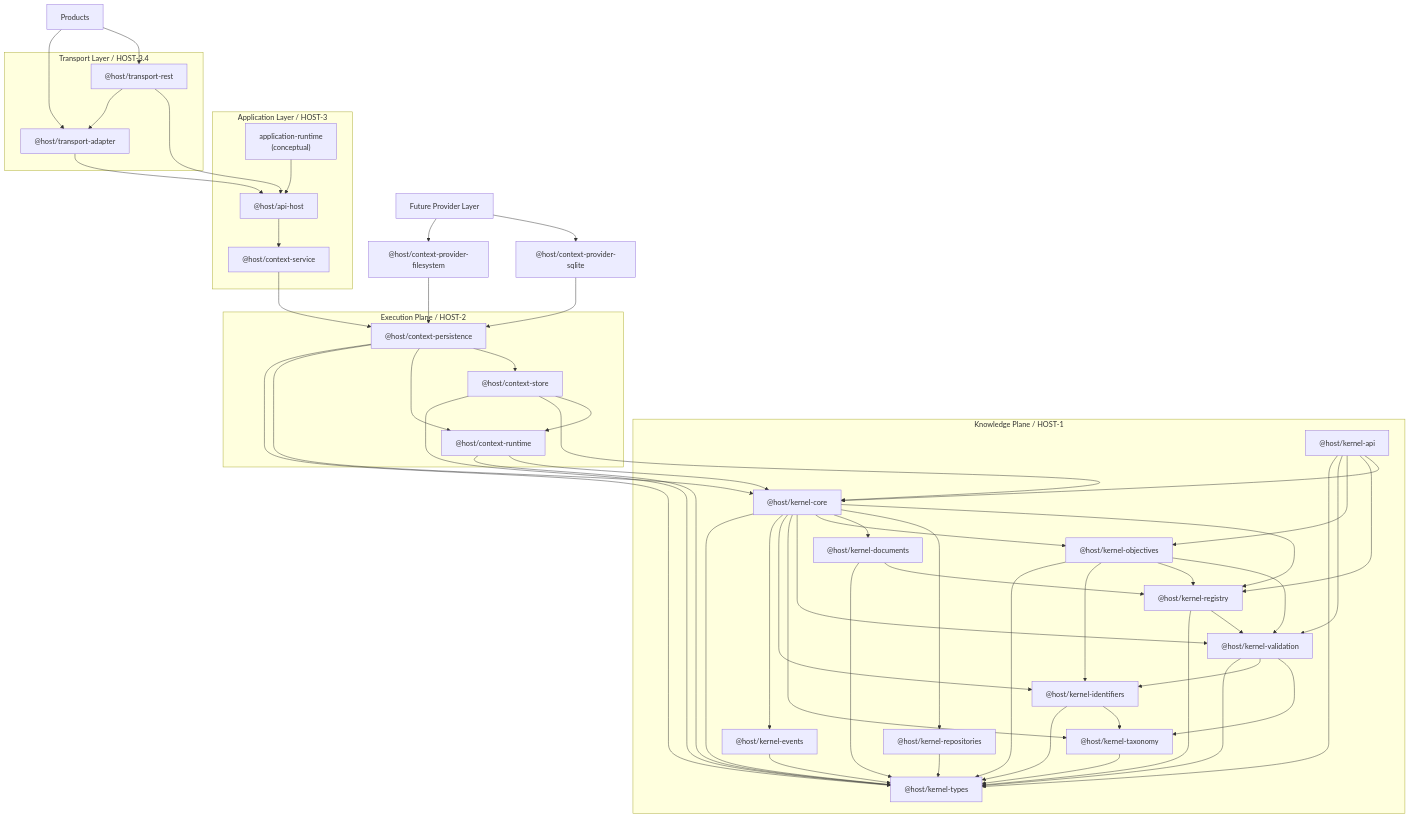
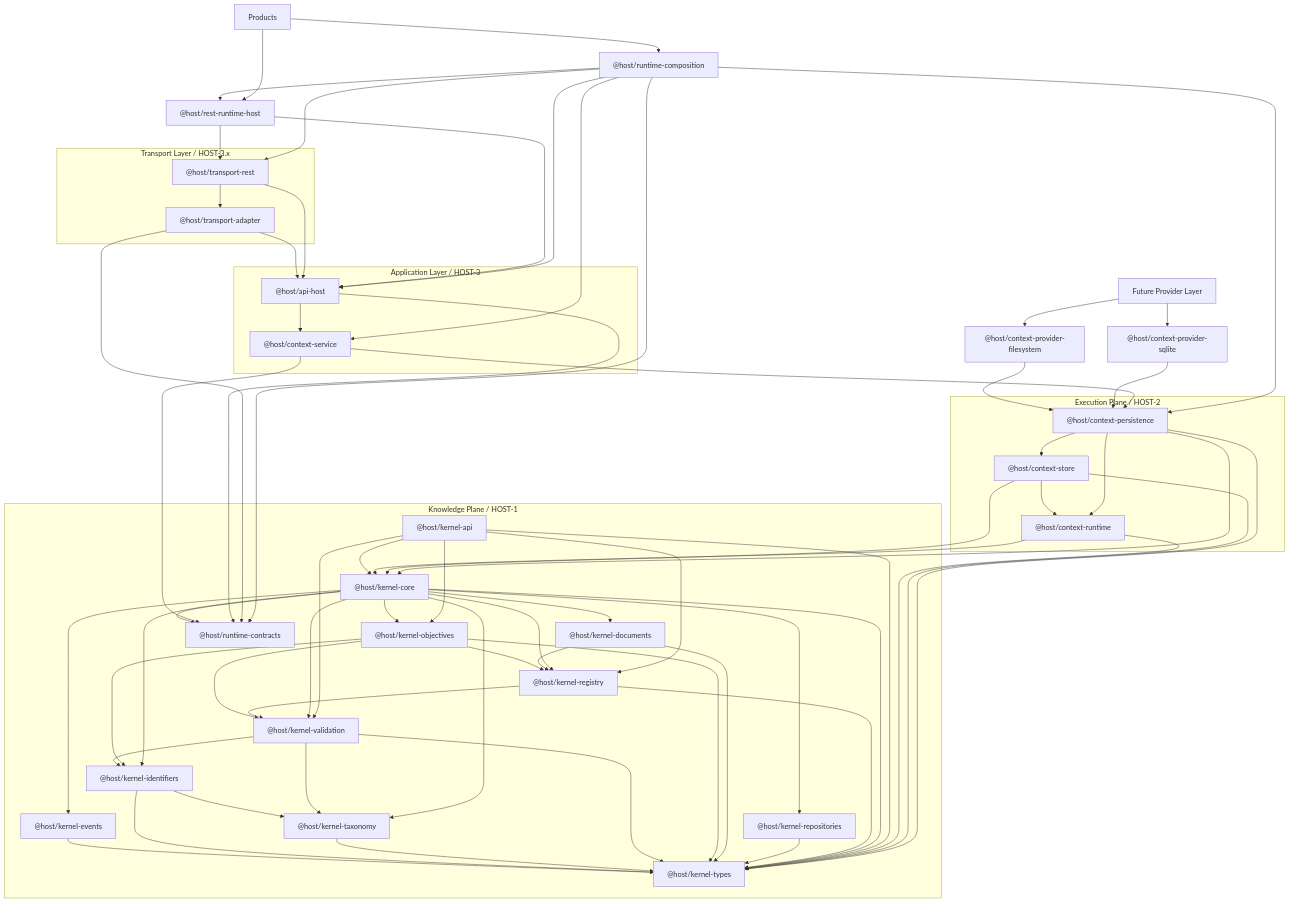
The diagram in docs/architecture/package-dependency-graph.md (captjreacher/HOST-kernel), drawn with Mermaid before and after one commit. The commit also changed other lines of this file and 49 other files, not shown here.

Commit message:
feat(runtime): add runtime contracts and canonical bootstrap composition for HOST-3E

````diff
--- a/docs/architecture/package-dependency-graph.md
+++ b/docs/architecture/package-dependency-graph.md
@@ -12,6 +12,7 @@
   KDocuments["@host/kernel-documents"]
   KRepositories["@host/kernel-repositories"]
   KRegistry["@host/kernel-registry"]
+  RuntimeContracts["@host/runtime-contracts"]
   KCore["@host/kernel-core"]
   KApi["@host/kernel-api"]
   end
@@ -29,14 +30,15 @@
   subgraph Application["Application Layer / HOST-3"]
   ContextService["@host/context-service"]
   ApiHost["@host/api-host"]
-  AppRuntime["application-runtime\n(conceptual)"]
   end
 
-  subgraph Transport["Transport Layer / HOST-3.4"]
+  subgraph Transport["Transport Layer / HOST-3.x"]
   Adapter["@host/transport-adapter"]
   Rest["@host/transport-rest"]
   end
 
+  RuntimeHost["@host/rest-runtime-host"]
+  RuntimeComposition["@host/runtime-composition"]
   Products["Products"]
 
   KEvents --> KTypes
@@ -55,6 +57,7 @@
   KRepositories --> KTypes
   KRegistry --> KTypes
   KRegistry --> KValidation
+  KCore --> RuntimeContracts
   KCore --> KTypes
   KCore --> KEvents
   KCore --> KIdentifiers
@@ -82,12 +85,22 @@
   CtxSqliteProvider --> CtxPersistence
   ProviderLayer --> CtxFsProvider
   ProviderLayer --> CtxSqliteProvider
+  ContextService --> RuntimeContracts
   ContextService --> CtxPersistence
+  ApiHost --> RuntimeContracts
   ApiHost --> ContextService
-  AppRuntime --> ApiHost
+  Adapter --> RuntimeContracts
   Adapter --> ApiHost
   Rest --> Adapter
   Rest --> ApiHost
-  Products --> Adapter
-  Products --> Rest
+  RuntimeHost --> Rest
+  RuntimeHost --> ApiHost
+  RuntimeComposition --> RuntimeContracts
+  RuntimeComposition --> CtxPersistence
+  RuntimeComposition --> ContextService
+  RuntimeComposition --> ApiHost
+  RuntimeComposition --> Rest
+  RuntimeComposition --> RuntimeHost
+  Products --> RuntimeHost
+  Products --> RuntimeComposition
 ```
````
